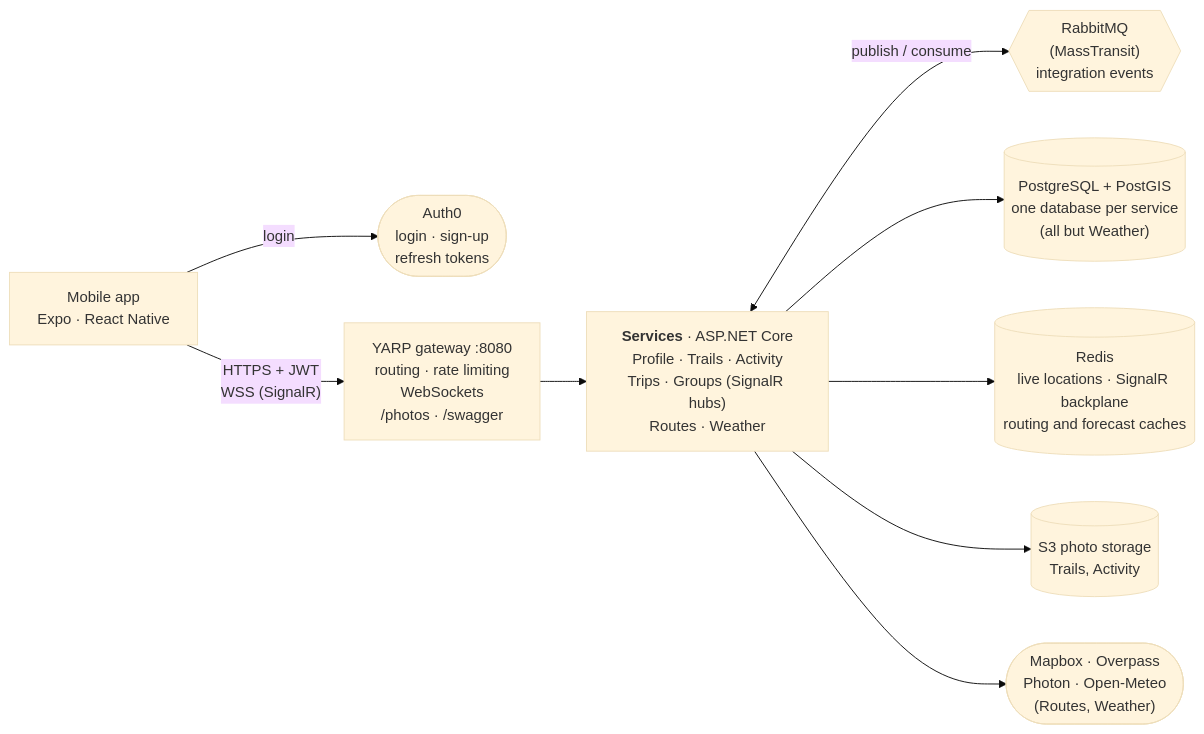
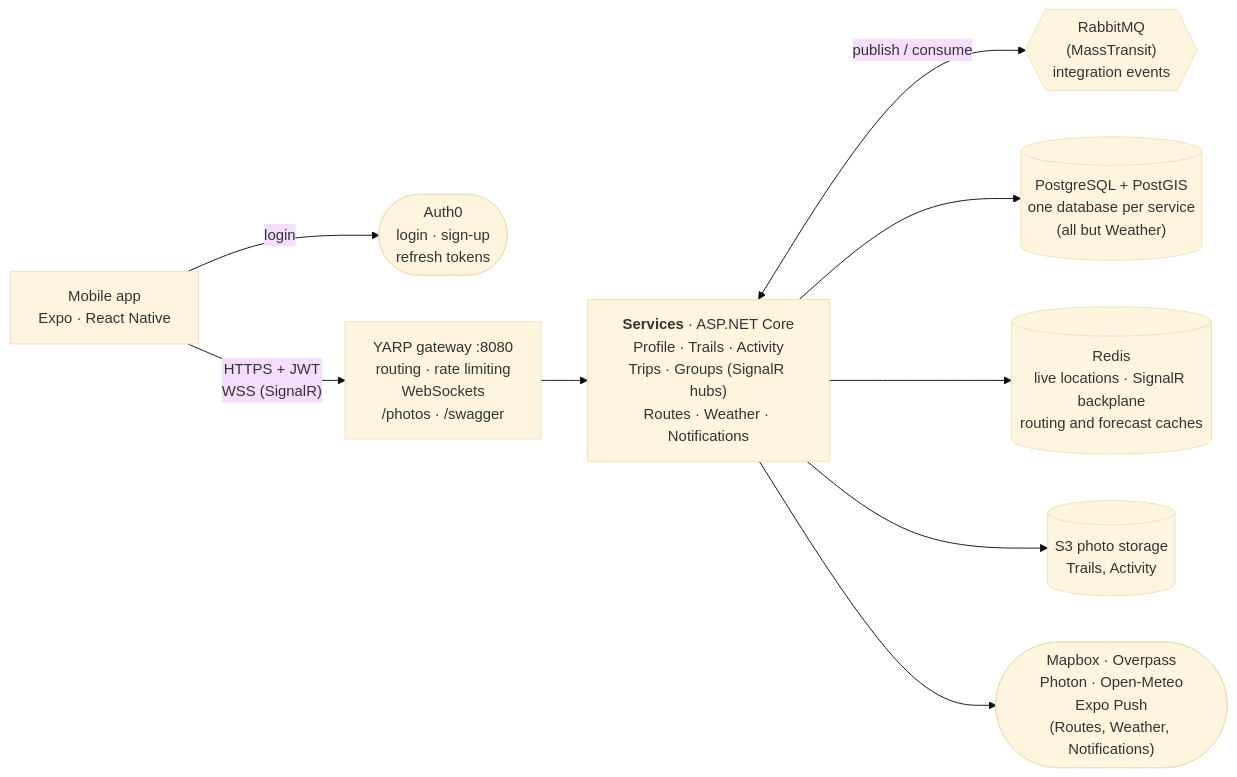
Before and after one commit to RokasKam/TrailHub: the first of 4 diagrams in README.md, drawn with Mermaid (base theme). The commit also changed other lines of this file and 155 other files, not shown here.

````diff
--- a/README.md
+++ b/README.md
@@ -37,24 +38,24 @@
 ```mermaid
 flowchart LR
     app["Mobile app<br/>Expo · React Native"]
     auth0(["Auth0<br/>login · sign-up<br/>refresh tokens"])
     gw["YARP gateway :8080<br/>routing · rate limiting<br/>WebSockets<br/>/photos · /swagger"]
 
     app -- "login" --> auth0
     app -- "HTTPS + JWT<br/>WSS (SignalR)" --> gw
     gw --> services
 
-    services["<b>Services</b> · ASP.NET Core<br/>Profile · Trails · Activity<br/>Trips · Groups (SignalR hubs)<br/>Routes · Weather"]
+    services["<b>Services</b> · ASP.NET Core<br/>Profile · Trails · Activity<br/>Trips · Groups (SignalR hubs)<br/>Routes · Weather · Notifications"]
 
     mq{{"RabbitMQ<br/>(MassTransit)<br/>integration events"}}
     pg[("PostgreSQL + PostGIS<br/>one database per service<br/>(all but Weather)")]
     redis[("Redis<br/>live locations · SignalR backplane<br/>routing and forecast caches")]
     s3[("S3 photo storage<br/>Trails, Activity")]
-    ext(["Mapbox · Overpass<br/>Photon · Open-Meteo<br/>(Routes, Weather)"])
+    ext(["Mapbox · Overpass<br/>Photon · Open-Meteo<br/>Expo Push<br/>(Routes, Weather, Notifications)"])
 
     services <-- "publish / consume" --> mq
     services --> pg
     services --> redis
     services --> s3
     services --> ext
 ```
````
